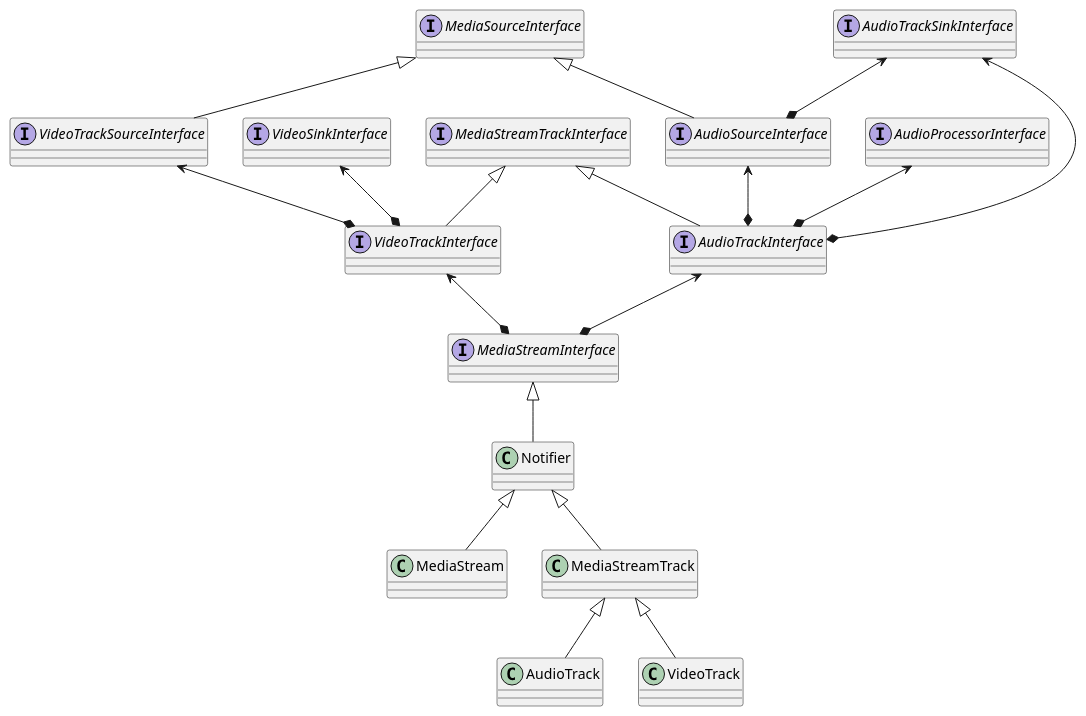
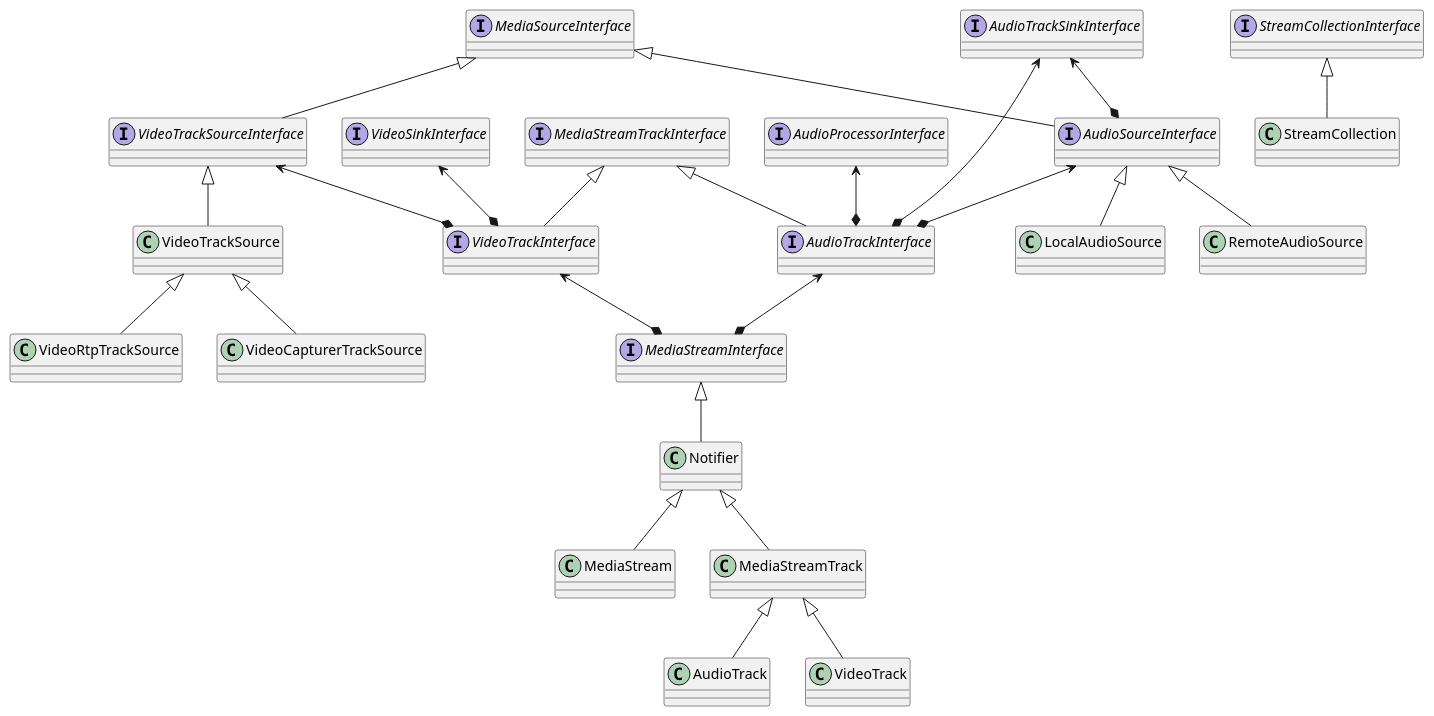
Before and after one commit to qq175175055/webrtc_summary: the diagram in pc/links/MediaStream.puml, drawn with PlantUML. The commit also changed 1 other file, not shown here.

```diff
--- a/pc/links/MediaStream.puml
+++ b/pc/links/MediaStream.puml
@@ -1,43 +1,61 @@
 @startuml mediastreaminterface
 interface MediaSourceInterface
 interface MediaStreamTrackInterface
 interface VideoTrackSourceInterface
 interface AudioProcessorInterface
 interface VideoSinkInterface
 interface VideoTrackInterface
 
 interface AudioTrackSinkInterface
 interface AudioSourceInterface
 interface AudioTrackInterface
 interface MediaStreamInterface
 
+interface StreamCollectionInterface
+
 class Notifier
 class MediaStream
 class MediaStreamTrack
 class AudioTrack
 class VideoTrack
+class LocalAudioSource
+class RemoteAudioSource
+
+class VideoTrackSource
+class VideoCapturerTrackSource
+class VideoRtpTrackSource
+
+class StreamCollection
 
 MediaSourceInterface <|-- VideoTrackSourceInterface
 
 MediaStreamTrackInterface <|-- VideoTrackInterface
 VideoSinkInterface <--* VideoTrackInterface
 VideoTrackSourceInterface <--* VideoTrackInterface
 
 MediaSourceInterface <|-- AudioSourceInterface
 MediaStreamTrackInterface <|-- AudioTrackInterface
 AudioTrackSinkInterface <--* AudioSourceInterface
 AudioTrackSinkInterface <--* AudioTrackInterface
 AudioProcessorInterface <--* AudioTrackInterface
 AudioSourceInterface <--* AudioTrackInterface
 
 AudioTrackInterface <--* MediaStreamInterface
 VideoTrackInterface <--* MediaStreamInterface
 
 MediaStreamInterface <|-- Notifier
 Notifier <|-- MediaStream
 
 Notifier <|-- MediaStreamTrack
 MediaStreamTrack <|-- AudioTrack
 MediaStreamTrack <|-- VideoTrack
 
+AudioSourceInterface <|-- LocalAudioSource
+AudioSourceInterface <|-- RemoteAudioSource
+
+VideoTrackSourceInterface <|-- VideoTrackSource
+VideoTrackSource <|-- VideoCapturerTrackSource
+VideoTrackSource <|-- VideoRtpTrackSource
+
+StreamCollectionInterface <|-- StreamCollection
 @enduml
```
